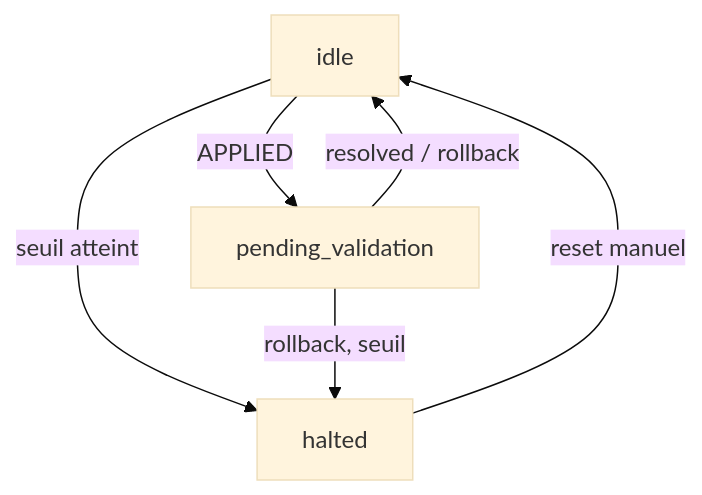
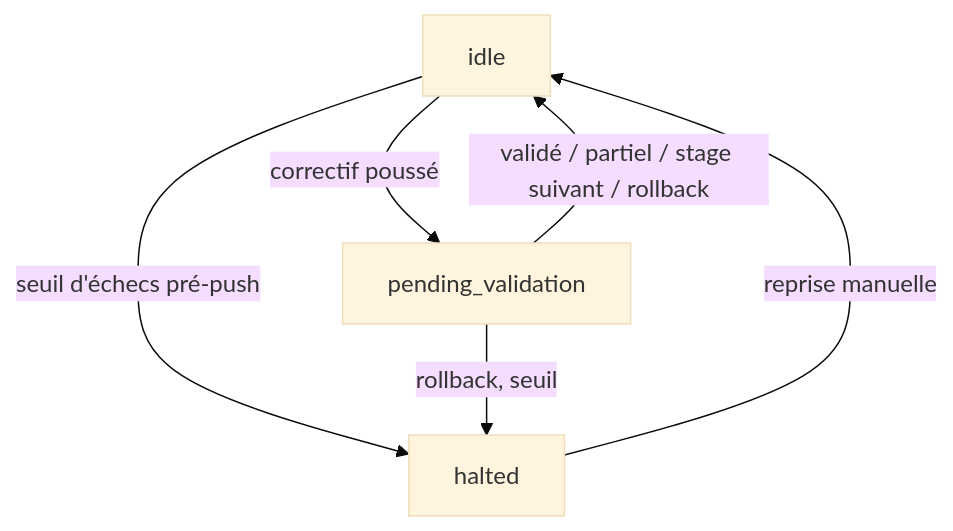
The first of 2 diagrams in rhDemo/docs/FIXCVE_AUTO.md (leuwen-lc/rhdemo), drawn with Mermaid (base theme) before and after one commit. The commit also changed other lines of this file and 195 other files, not shown here.

````diff
--- a/rhDemo/docs/FIXCVE_AUTO.md
+++ b/rhDemo/docs/FIXCVE_AUTO.md
@@ -118,12 +108,12 @@
 ```mermaid
 flowchart TD
     IDLE["idle"]
     PEND["pending_validation"]
     HALT["halted"]
 
-    IDLE -- APPLIED --> PEND
-    PEND -- "resolved / rollback" --> IDLE
-    IDLE -- "seuil atteint" --> HALT
-    HALT -- "reset manuel" --> IDLE
+    IDLE -- "correctif poussé" --> PEND
+    PEND -- "validé / partiel / stage suivant / rollback" --> IDLE
+    IDLE -- "seuil d'échecs pré-push" --> HALT
     PEND -- "rollback, seuil" --> HALT
+    HALT -- "reprise manuelle" --> IDLE
 ```
````
